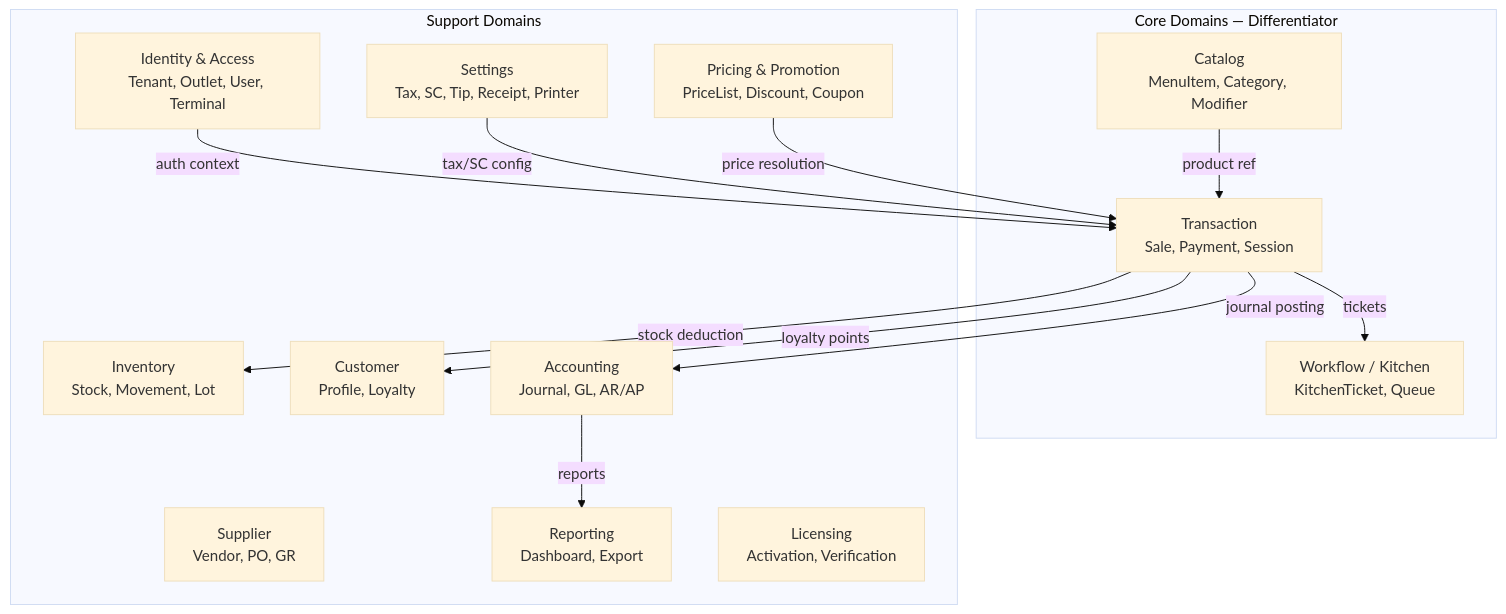
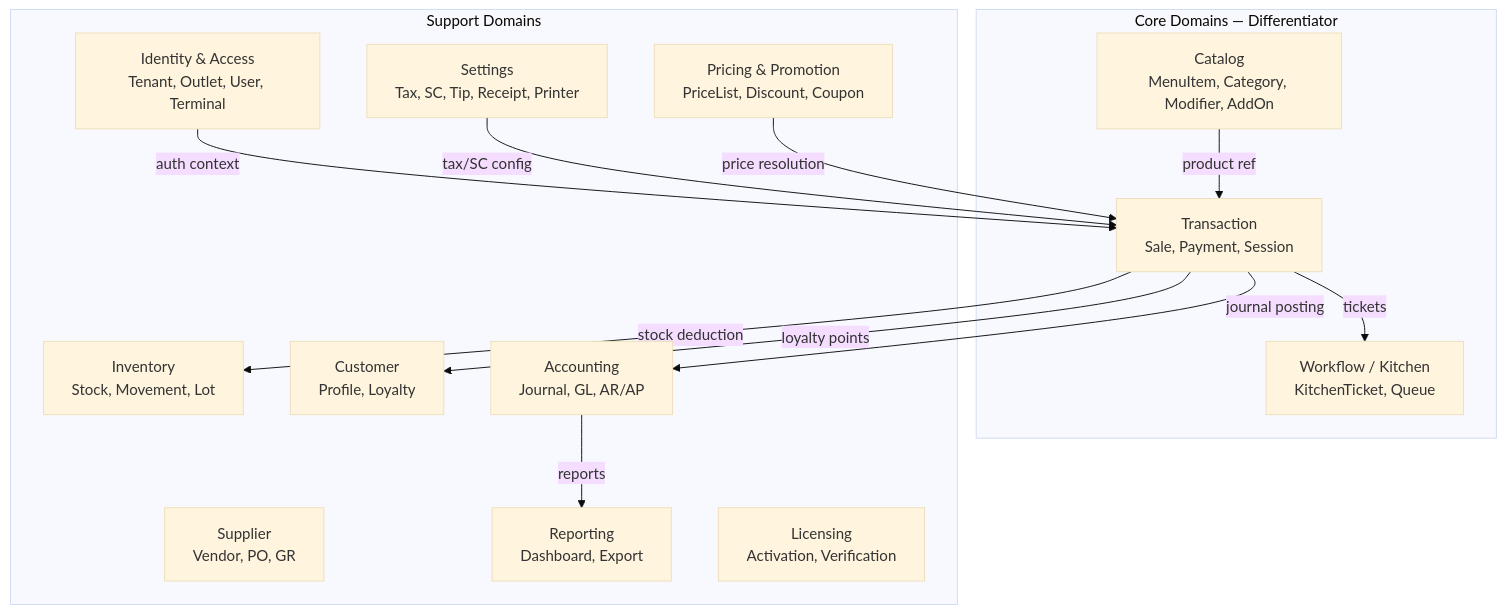
One commit to vatoer/id.stargan.intikasirfnb changed the first of 5 diagrams in docs/03-domain-model.md. Above: the diagram before and after it, drawn with Mermaid (base theme). The commit also changed other lines of this file and 43 other files, not shown here.

````diff
--- a/docs/03-domain-model.md
+++ b/docs/03-domain-model.md
@@ -11,30 +11,30 @@
 ```mermaid
 graph TB
     subgraph "Core Domains — Differentiator"
         TX[Transaction<br/>Sale, Payment, Session]
-        CT[Catalog<br/>MenuItem, Category, Modifier]
+        CT[Catalog<br/>MenuItem, Category, Modifier, AddOn]
         WF[Workflow / Kitchen<br/>KitchenTicket, Queue]
     end
 
     subgraph "Support Domains"
         IA[Identity & Access<br/>Tenant, Outlet, User, Terminal]
         ST[Settings<br/>Tax, SC, Tip, Receipt, Printer]
         PP[Pricing & Promotion<br/>PriceList, Discount, Coupon]
         INV[Inventory<br/>Stock, Movement, Lot]
         CU[Customer<br/>Profile, Loyalty]
         SU[Supplier<br/>Vendor, PO, GR]
         AC[Accounting<br/>Journal, GL, AR/AP]
         RP[Reporting<br/>Dashboard, Export]
         LI[Licensing<br/>Activation, Verification]
     end
 
     IA -->|auth context| TX
     CT -->|product ref| TX
     ST -->|tax/SC config| TX
     PP -->|price resolution| TX
     TX -->|tickets| WF
     TX -->|stock deduction| INV
     TX -->|journal posting| AC
     TX -->|loyalty points| CU
     AC -->|reports| RP
 ```
````
